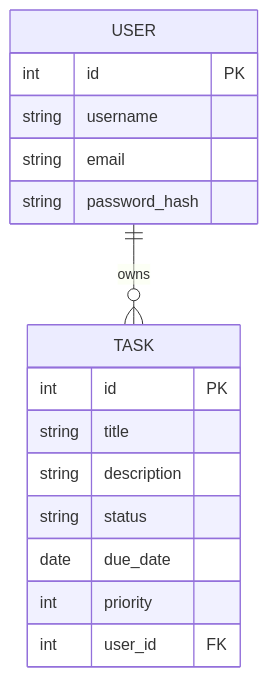
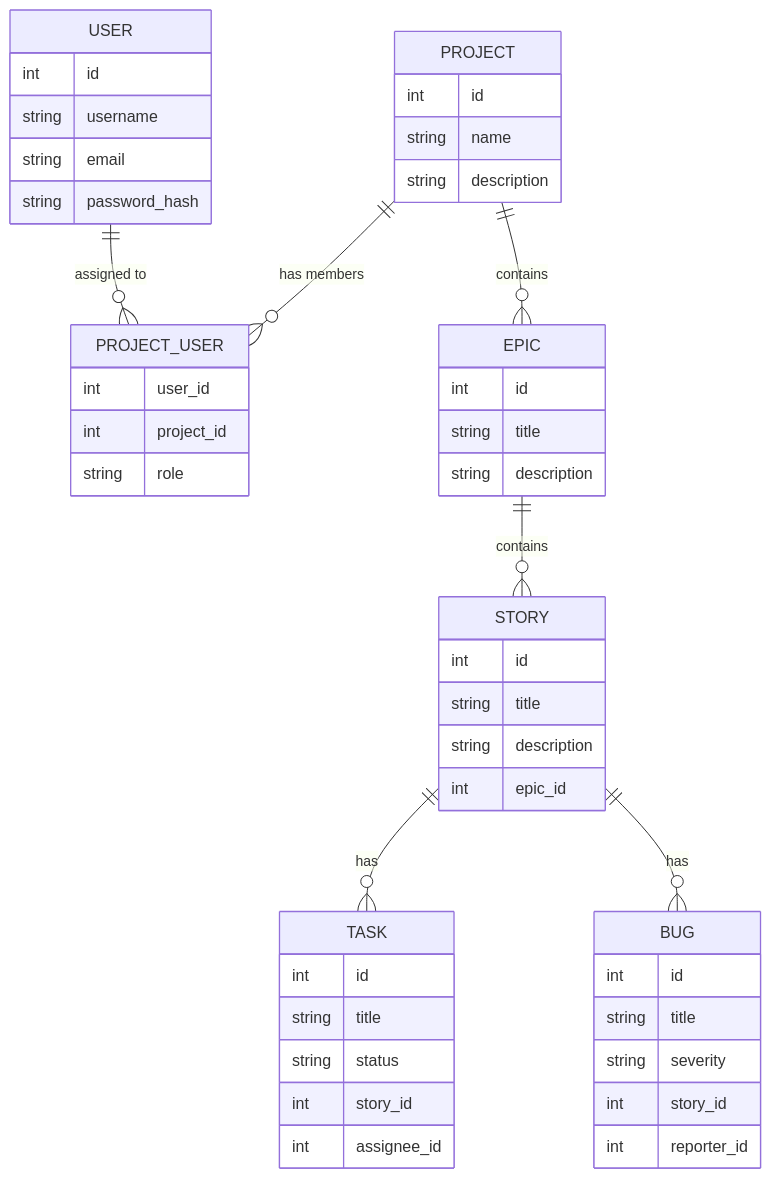
The first of 2 diagrams in docs/part1_planning_setup.md (zakeer/task-management), drawn with Mermaid before and after one commit. The commit also changed other lines of this file and 1 other file, not shown here.

Commit message:
Project info requirements

````diff
--- a/docs/part1_planning_setup.md
+++ b/docs/part1_planning_setup.md
@@ -70,19 +66,57 @@
 ```mermaid
 erDiagram
+    USER ||--o{ PROJECT_USER : "assigned to"
+    PROJECT ||--o{ PROJECT_USER : "has members"
+    PROJECT ||--o{ EPIC : "contains"
+    EPIC ||--o{ STORY : "contains"
+    STORY ||--o{ TASK : "has"
+    STORY ||--o{ BUG : "has"
+
     USER {
-        int id PK
+        int id
         string username
         string email
         string password_hash
     }
-    TASK {
-        int id PK
+
+    PROJECT {
+        int id
+        string name
+        string description
+    }
+
+    PROJECT_USER {
+        int user_id
+        int project_id
+        string role
+    }
+
+    EPIC {
+        int id
         string title
         string description
+    }
+
+    STORY {
+        int id
+        string title
+        string description
+        int epic_id
+    }
+
+    TASK {
+        int id
+        string title
         string status
-        date due_date
-        int priority
-        int user_id FK
+        int story_id
+        int assignee_id
     }
-    USER ||--o{ TASK : "owns"
+
+    BUG {
+        int id
+        string title
+        string severity
+        int story_id
+        int reporter_id
+    }
 ```
````
